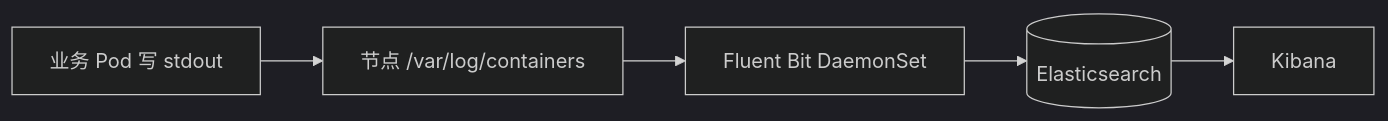
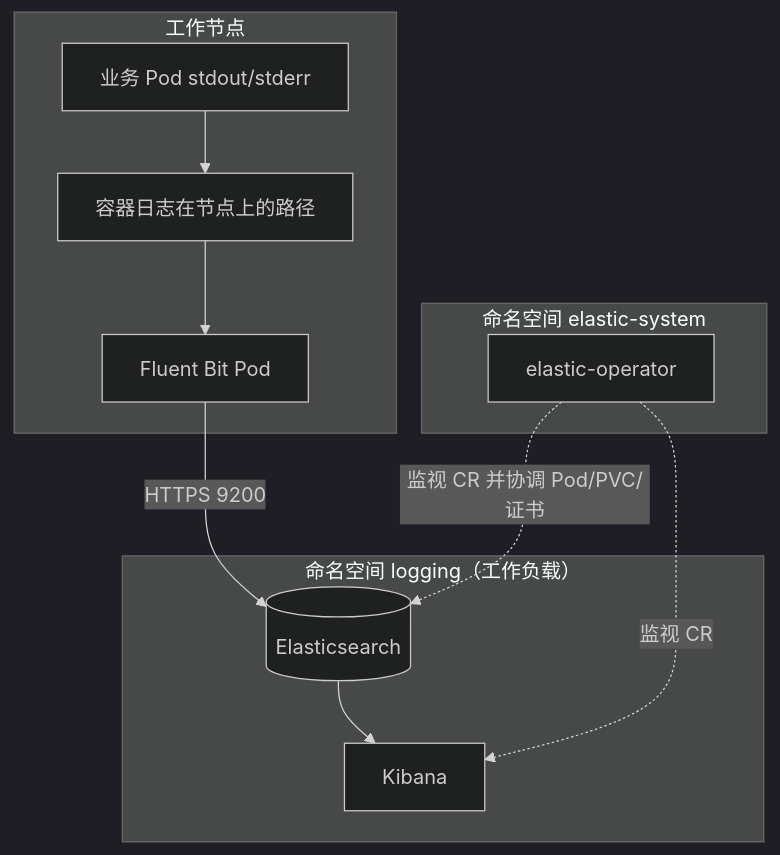
Before and after one commit to brinnatt/kubeauto: the seventh of 21 diagrams in docs/efk/EFK.md, drawn with Mermaid (dark theme). The commit also changed other lines of this file, not shown here.

````diff
--- a/docs/efk/EFK.md
+++ b/docs/efk/EFK.md
@@ -347,9 +351,19 @@
 ```mermaid
-flowchart LR
-  P[业务 Pod 写 stdout]
-  N[节点 /var/log/containers]
-  F[Fluent Bit DaemonSet]
-  E[(Elasticsearch)]
-  K[Kibana]
-  P --> N --> F --> E --> K
+flowchart TB
+  subgraph node["工作节点"]
+    P[业务 Pod stdout/stderr]
+    L[容器日志在节点上的路径]
+    FB[Fluent Bit Pod]
+  end
+  subgraph logging_ns["命名空间 logging（工作负载）"]
+    ES[(Elasticsearch)]
+    KB[Kibana]
+  end
+  subgraph esys["命名空间 elastic-system"]
+    OP[elastic-operator]
+  end
+  P --> L --> FB -->|HTTPS 9200| ES
+  ES --> KB
+  OP -.监视 CR 并协调 Pod/PVC/证书.-> ES
+  OP -.监视 CR.-> KB
 ```
````
